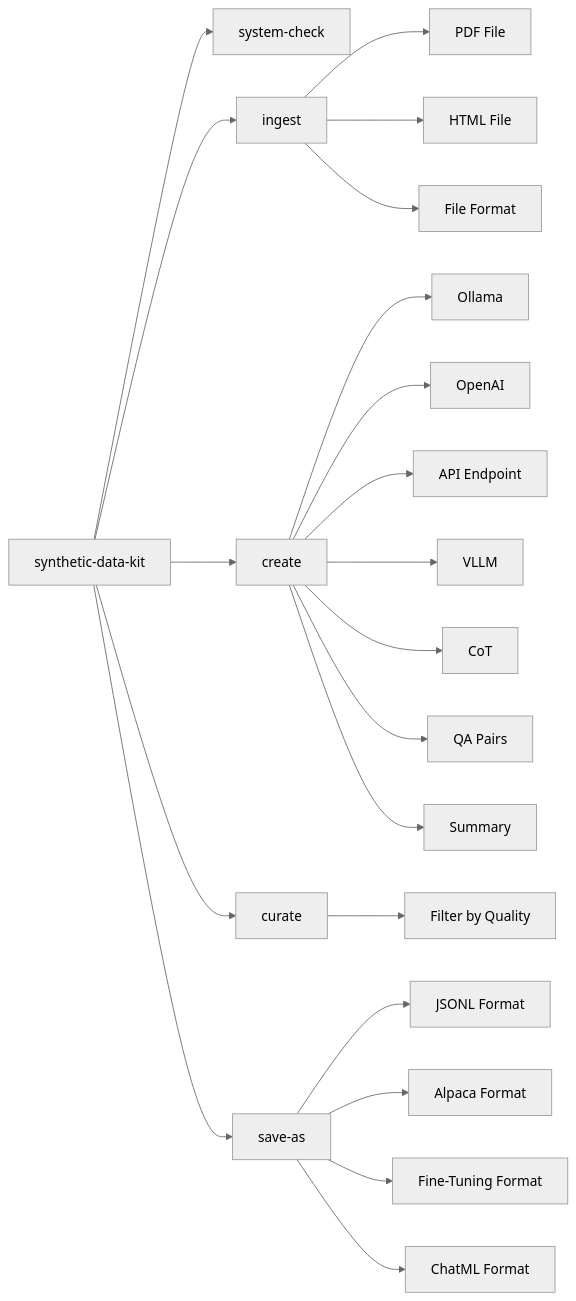
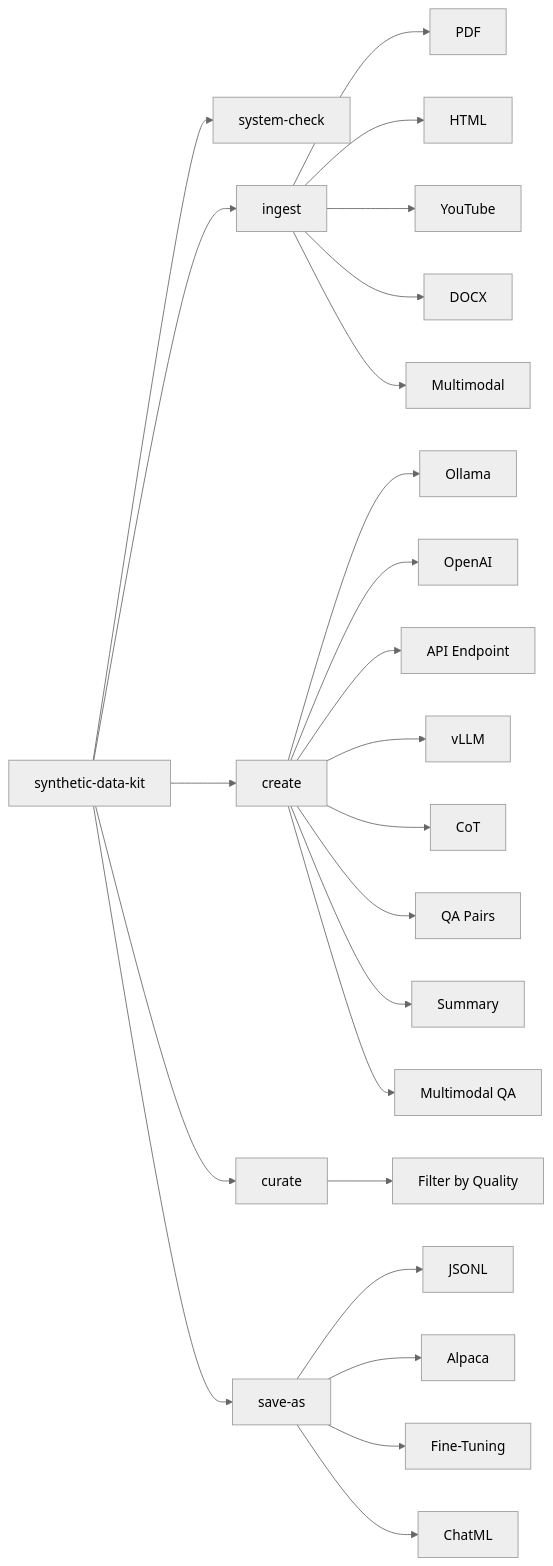
One commit to meta-llama/synthetic-data-kit changed the diagram in README.md. Above: the diagram before and after it, drawn with Mermaid (neutral theme). The commit also changed other lines of this file, not shown here.

````diff
--- a/README.md
+++ b/README.md
@@ -503,28 +417,31 @@
 ```mermaid
 graph LR
-    SDK --> SystemCheck[system-check]
-    SDK[synthetic-data-kit] --> Ingest[ingest]
+    SDK[synthetic-data-kit] --> SystemCheck[system-check]
+    SDK --> Ingest[ingest]
     SDK --> Create[create]
     SDK --> Curate[curate]
     SDK --> SaveAs[save-as]
     
-    Ingest --> PDFFile[PDF File]
-    Ingest --> HTMLFile[HTML File]
-    Ingest --> YouTubeURL[File Format]
+    Ingest --> PDFFile[PDF]
+    Ingest --> HTMLFile[HTML]
+    Ingest --> YouTubeURL[YouTube]
+    Ingest --> DocxFile[DOCX]
+    Ingest --> Multimodal[Multimodal]
 
     Create --> Ollama[Ollama]
     Create --> OpenAI[OpenAI]
     Create --> APIEndpoint[API Endpoint]
-    Create --> VLLM[VLLM]
+    Create --> VLLM[vLLM]
     
     Create --> CoT[CoT]
     Create --> QA[QA Pairs]
     Create --> Summary[Summary]
+    Create --> MultimodalQA[Multimodal QA]
     
     Curate --> Filter[Filter by Quality]
     
-    SaveAs --> JSONL[JSONL Format]
-    SaveAs --> Alpaca[Alpaca Format]
-    SaveAs --> FT[Fine-Tuning Format]
-    SaveAs --> ChatML[ChatML Format]
+    SaveAs --> JSONL[JSONL]
+    SaveAs --> Alpaca[Alpaca]
+    SaveAs --> FT[Fine-Tuning]
+    SaveAs --> ChatML[ChatML]
 ```
````
